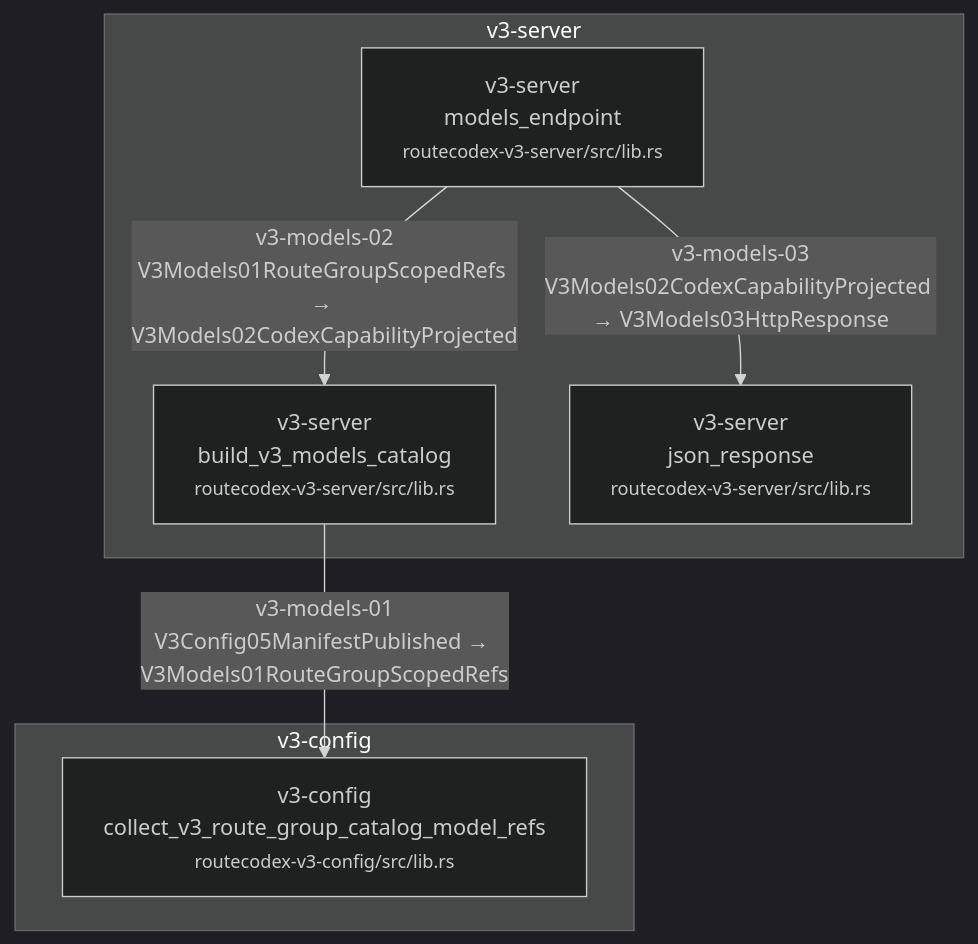
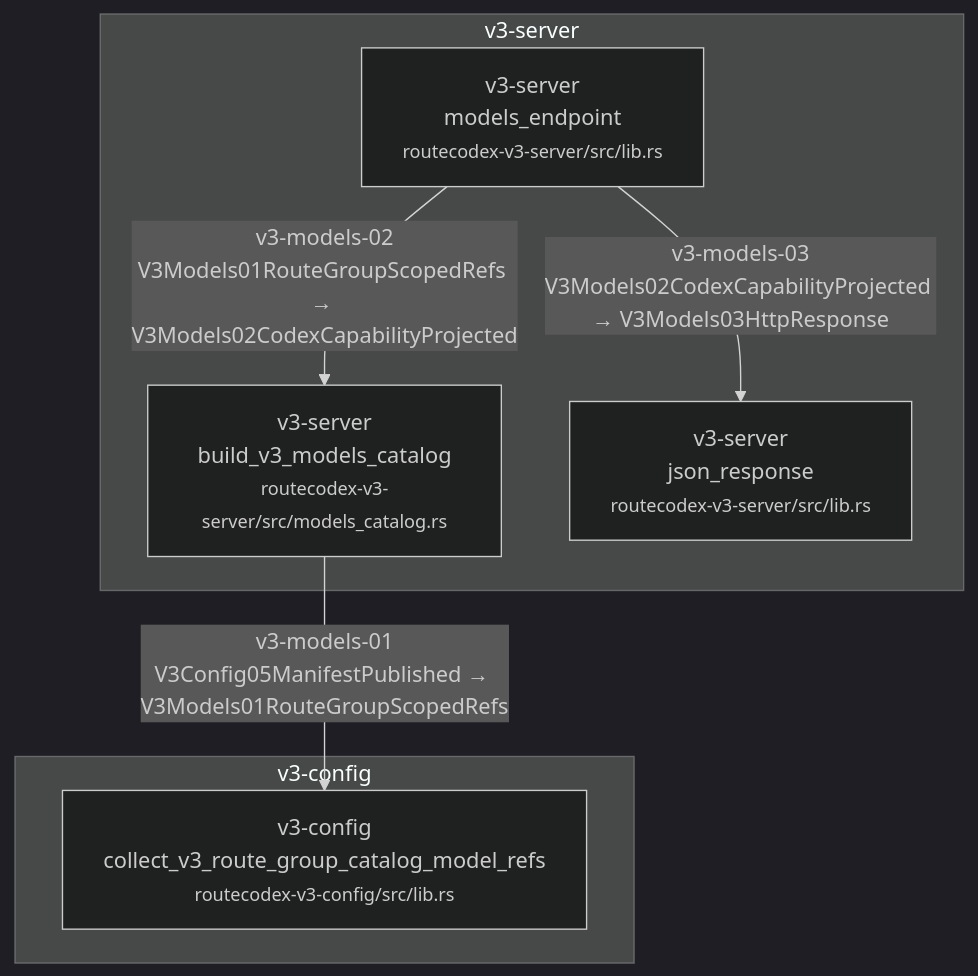
Diagram 14 of 46 in docs/architecture/wiki/v3-mainline-caller-flow.md (Jasonzhangf/routecodex), drawn with Mermaid (dark theme) before and after one commit. The commit also changed other lines of this file and 15 other files, not shown here.

Commit message:
refactor(v3): close server lib facade

````diff
--- a/docs/architecture/wiki/v3-mainline-caller-flow.md
+++ b/docs/architecture/wiki/v3-mainline-caller-flow.md
@@ -335,14 +394,14 @@
 ```mermaid
 flowchart TD
-  subgraph c_9_v3_models_capability_catalog_m_v3_config["v3-config"]
-    c_9_v3_models_capability_catalog_1["v3-config<br/>collect_v3_route_group_catalog_model_refs<br/><small>routecodex-v3-config/src/lib.rs</small>"]
+  subgraph c_12_v3_models_capability_catalog_m_v3_config["v3-config"]
+    c_12_v3_models_capability_catalog_1["v3-config<br/>collect_v3_route_group_catalog_model_refs<br/><small>routecodex-v3-config/src/lib.rs</small>"]
   end
-  subgraph c_9_v3_models_capability_catalog_m_v3_server["v3-server"]
-    c_9_v3_models_capability_catalog_0["v3-server<br/>build_v3_models_catalog<br/><small>routecodex-v3-server/src/lib.rs</small>"]
-    c_9_v3_models_capability_catalog_2["v3-server<br/>models_endpoint<br/><small>routecodex-v3-server/src/lib.rs</small>"]
-    c_9_v3_models_capability_catalog_3["v3-server<br/>json_response<br/><small>routecodex-v3-server/src/lib.rs</small>"]
+  subgraph c_12_v3_models_capability_catalog_m_v3_server["v3-server"]
+    c_12_v3_models_capability_catalog_0["v3-server<br/>build_v3_models_catalog<br/><small>routecodex-v3-server/src/models_catalog.rs</small>"]
+    c_12_v3_models_capability_catalog_2["v3-server<br/>models_endpoint<br/><small>routecodex-v3-server/src/lib.rs</small>"]
+    c_12_v3_models_capability_catalog_3["v3-server<br/>json_response<br/><small>routecodex-v3-server/src/lib.rs</small>"]
   end
-  c_9_v3_models_capability_catalog_0 -->|v3-models-01<br/>V3Config05ManifestPublished → V3Models01RouteGroupScopedRefs| c_9_v3_models_capability_catalog_1
-  c_9_v3_models_capability_catalog_2 -->|v3-models-02<br/>V3Models01RouteGroupScopedRefs → V3Models02CodexCapabilityProjected| c_9_v3_models_capability_catalog_0
-  c_9_v3_models_capability_catalog_2 -->|v3-models-03<br/>V3Models02CodexCapabilityProjected → V3Models03HttpResponse| c_9_v3_models_capability_catalog_3
+  c_12_v3_models_capability_catalog_0 -->|v3-models-01<br/>V3Config05ManifestPublished → V3Models01RouteGroupScopedRefs| c_12_v3_models_capability_catalog_1
+  c_12_v3_models_capability_catalog_2 -->|v3-models-02<br/>V3Models01RouteGroupScopedRefs → V3Models02CodexCapabilityProjected| c_12_v3_models_capability_catalog_0
+  c_12_v3_models_capability_catalog_2 -->|v3-models-03<br/>V3Models02CodexCapabilityProjected → V3Models03HttpResponse| c_12_v3_models_capability_catalog_3
 ```
````
